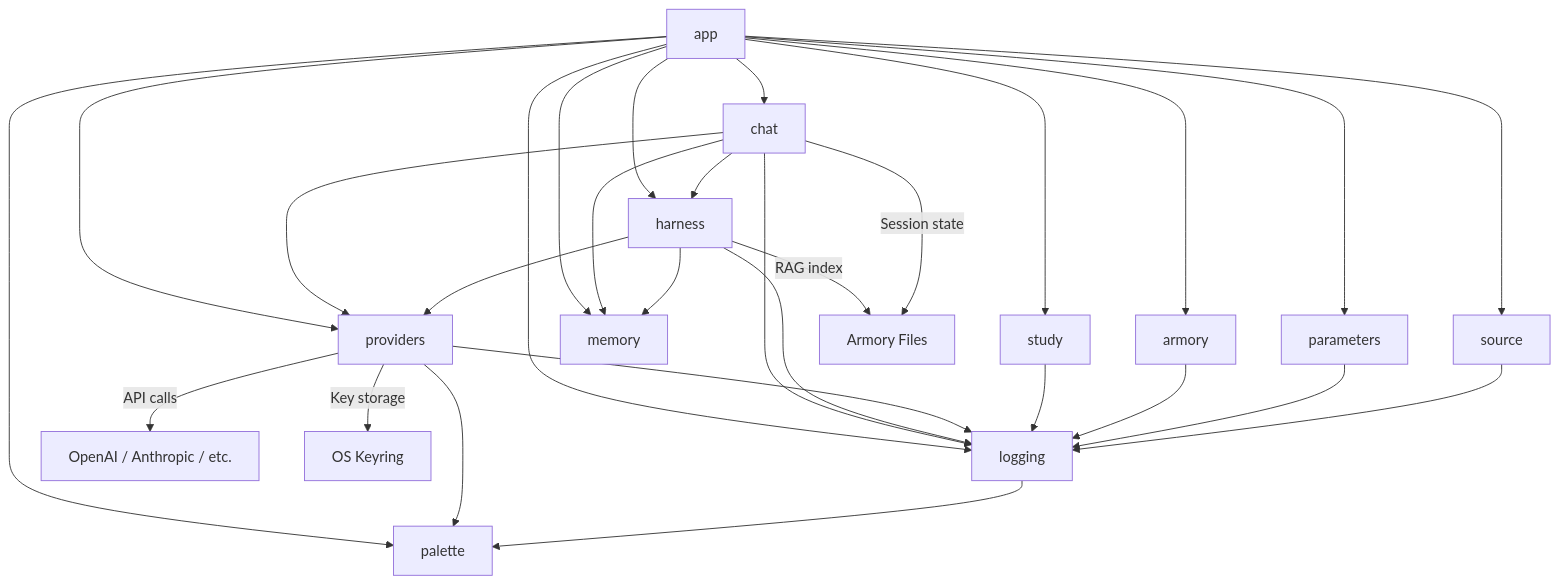
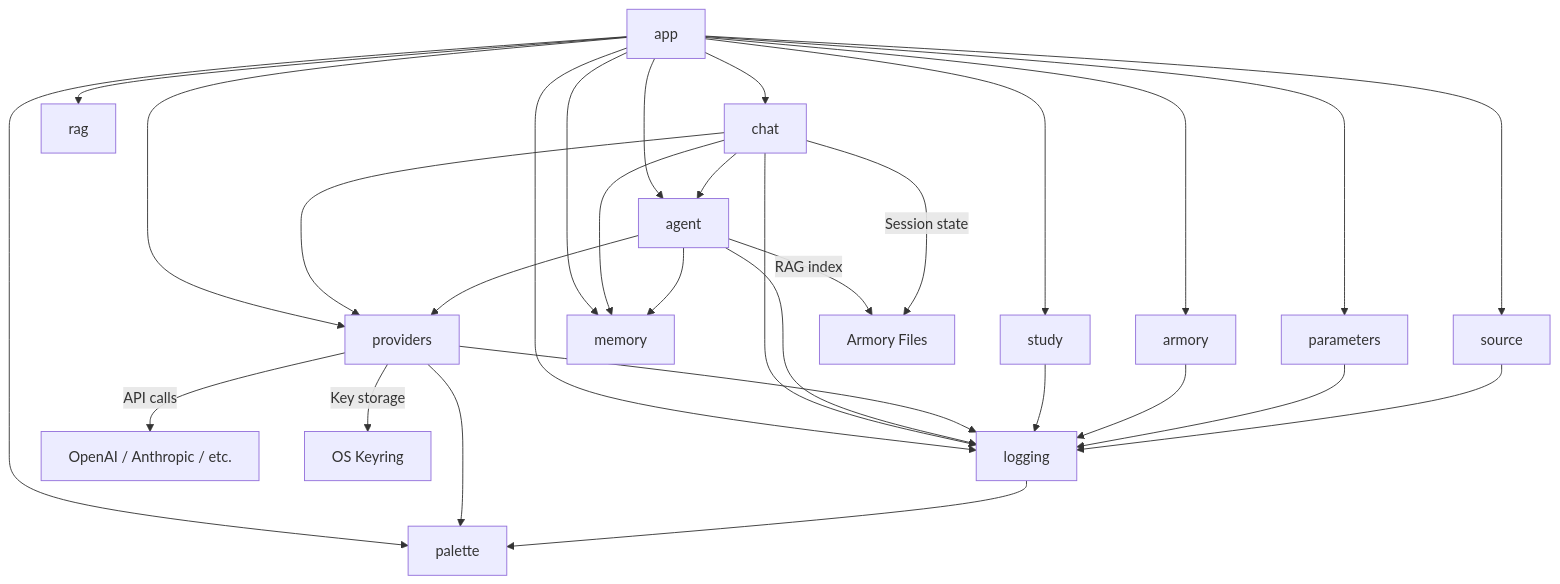
The first of 2 diagrams in docs/architecture.md (gildrb/heph), drawn with Mermaid before and after one commit. The commit also changed other lines of this file and 3 other files, not shown here.

````diff
--- a/docs/architecture.md
+++ b/docs/architecture.md
@@ -7,41 +7,42 @@
 ```mermaid
 graph TD
     App[app] --> Chat[chat]
-    App --> Harness[harness]
+    App --> Agent[agent]
     App --> Providers[providers]
     App --> Armory[armory]
     App --> Study[study]
     App --> Memory[memory]
     App --> Parameters[parameters]
     App --> Source[source]
     App --> Logging[logging]
     App --> Palette[palette]
+    App --> RAG[rag]
 
-    Chat --> Harness
+    Chat --> Agent
     Chat --> Providers
     Chat --> Logging
     Chat --> Memory
 
-    Harness --> Providers
-    Harness --> Logging
-    Harness --> Memory
+    Agent --> Providers
+    Agent --> Logging
+    Agent --> Memory
 
     Providers --> Logging
     Providers --> Palette
 
     Study --> Logging
 
     Armory --> Logging
 
     Parameters --> Logging
 
     Source --> Logging
 
     Logging --> Palette
 
     Providers -->|API calls| LLM[OpenAI / Anthropic / etc.]
     Providers -->|Key storage| Keyring[OS Keyring]
 
-    Harness -->|RAG index| FileStore[Armory Files]
+    Agent -->|RAG index| FileStore[Armory Files]
     Chat -->|Session state| FileStore
 ```
````
